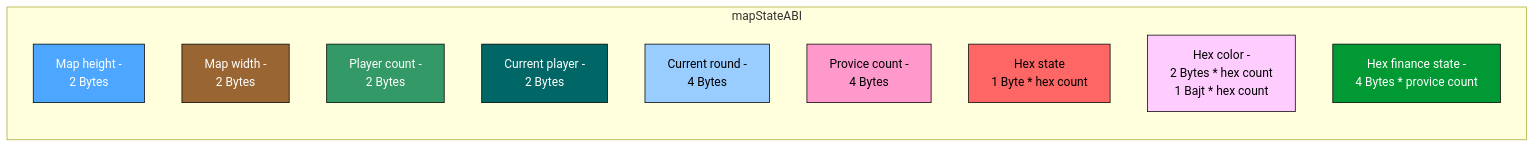
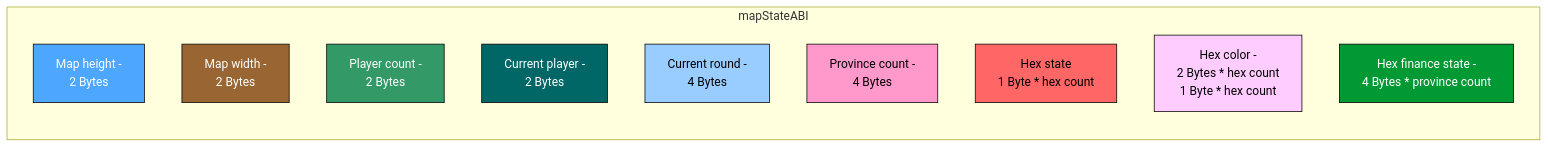
One commit to Kseroten1/Multiyoy changed the first of 2 diagrams in readme.md. Above: the diagram before and after it, drawn with Mermaid. The commit also changed other lines of this file, not shown here.

````diff
--- a/readme.md
+++ b/readme.md
@@ -4,24 +4,24 @@
 ```mermaid
 flowchart LR
     subgraph mapStateABI
         A[Map height - <br> 2 Bytes]:::blue
         B[Map width - <br> 2 Bytes]:::brown
         C[Player count - <br> 2 Bytes]:::green
         D[Current player - <br> 2 Bytes]:::teal
         E[Current round - <br> 4 Bytes]:::lightblue
-        F[Provice count - <br> 4 Bytes]:::pink
+        F[Province count - <br> 4 Bytes]:::pink
         G[Hex state <br> 1 Byte * hex count]:::red
-        H[Hex color - <br> 2 Bytes * hex count <br> 1 Bajt * hex count]:::violet
-        I[Hex finance state - <br> 4 Bytes * provice count]:::darkgreen
+        H[Hex color - <br> 2 Bytes * hex count <br> 1 Byte * hex count]:::violet
+        I[Hex finance state - <br> 4 Bytes * province count]:::darkgreen
     end
 
     classDef blue fill:#4da6ff,stroke:#000,color:#fff;
     classDef brown fill:#996633,stroke:#000,color:#fff;
     classDef green fill:#339966,stroke:#000,color:#fff;
     classDef teal fill:#006666,stroke:#000,color:#fff;
     classDef lightblue fill:#99ccff,stroke:#000,color:#000;
     classDef pink fill:#ff99cc,stroke:#000,color:#000;
     classDef red fill:#ff6666,stroke:#000,color:#000;
     classDef violet fill:#ffccff,stroke:#000,color:#000;
     classDef darkgreen fill:#009933,stroke:#000,color:#fff;
 ```
````
